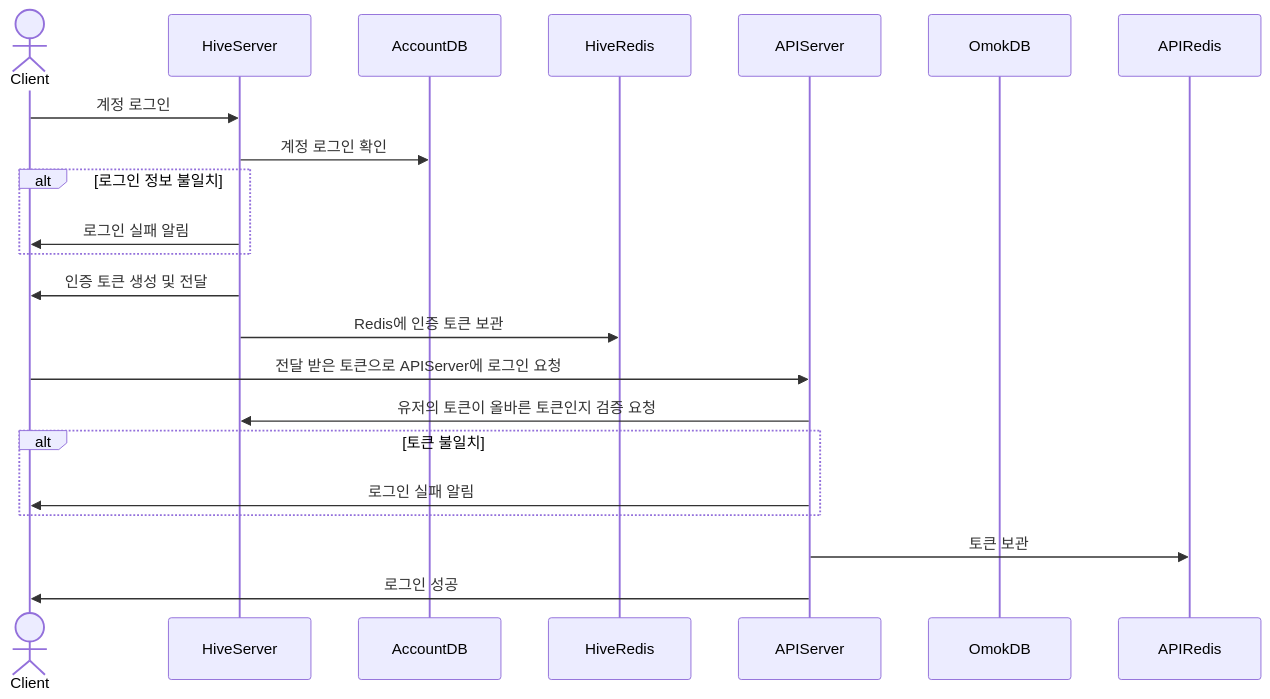
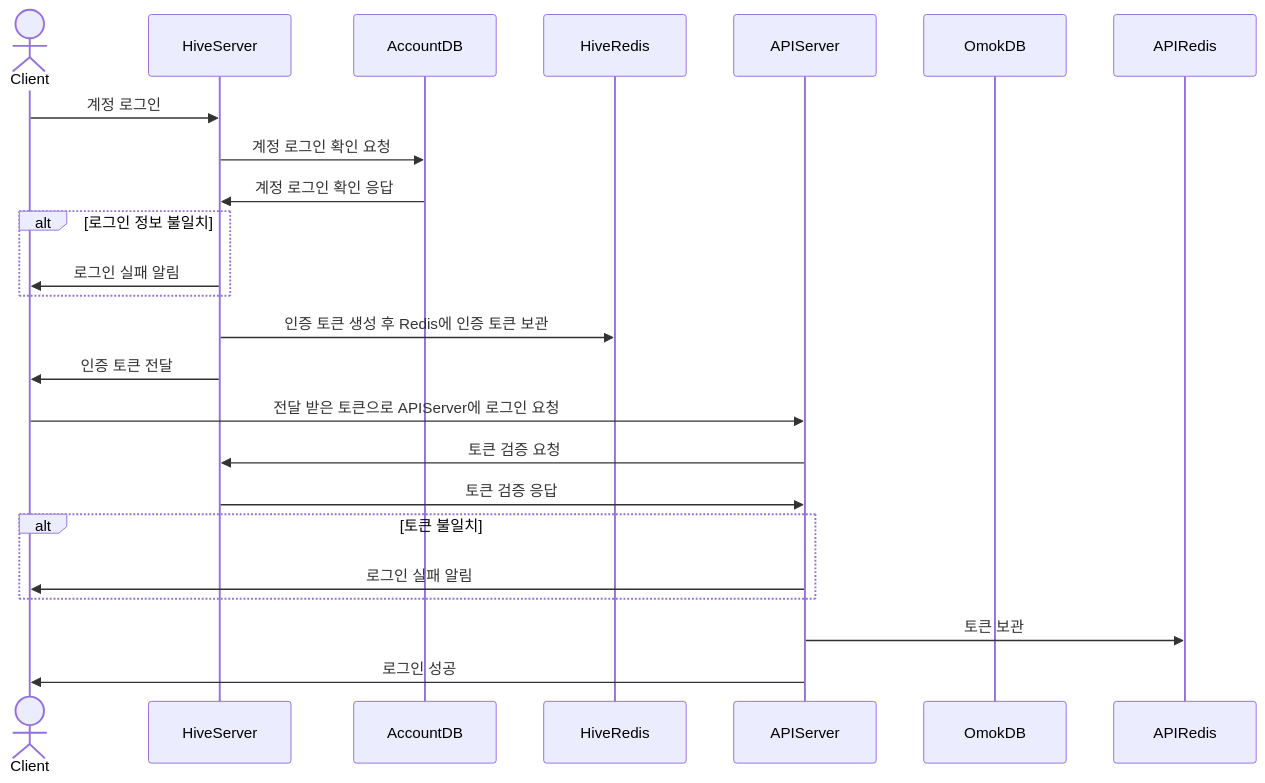
One commit to ever330/ServerCampus changed the diagram in Omok/SequenceDiagram.md. Above: the diagram before and after it, drawn with Mermaid.

````diff
--- a/Omok/SequenceDiagram.md
+++ b/Omok/SequenceDiagram.md
@@ -2,26 +2,28 @@
 ```mermaid
 sequenceDiagram
     actor Client
     participant HiveServer
     participant AccountDB
     participant HiveRedis
     participant APIServer
     participant OmokDB
     participant APIRedis
     Client ->> HiveServer: 계정 로그인
-    HiveServer ->> AccountDB: 계정 로그인 확인
+    HiveServer ->> AccountDB: 계정 로그인 확인 요청
+    AccountDB ->> HiveServer: 계정 로그인 확인 응답
     alt 로그인 정보 불일치
         HiveServer ->> Client: 로그인 실패 알림
     end
 
-    HiveServer ->> Client: 인증 토큰 생성 및 전달
-    HiveServer ->> HiveRedis: Redis에 인증 토큰 보관
+    HiveServer ->> HiveRedis: 인증 토큰 생성 후 Redis에 인증 토큰 보관
+    HiveServer ->> Client: 인증 토큰 전달
     Client ->> APIServer: 전달 받은 토큰으로 APIServer에 로그인 요청
-    APIServer ->> HiveServer: 유저의 토큰이 올바른 토큰인지 검증 요청
+    APIServer ->> HiveServer: 토큰 검증 요청
+    HiveServer ->> APIServer: 토큰 검증 응답
     alt 토큰 불일치
         APIServer ->> Client: 로그인 실패 알림
     end
 
     APIServer ->> APIRedis: 토큰 보관
     APIServer ->> Client: 로그인 성공
 ```
````
